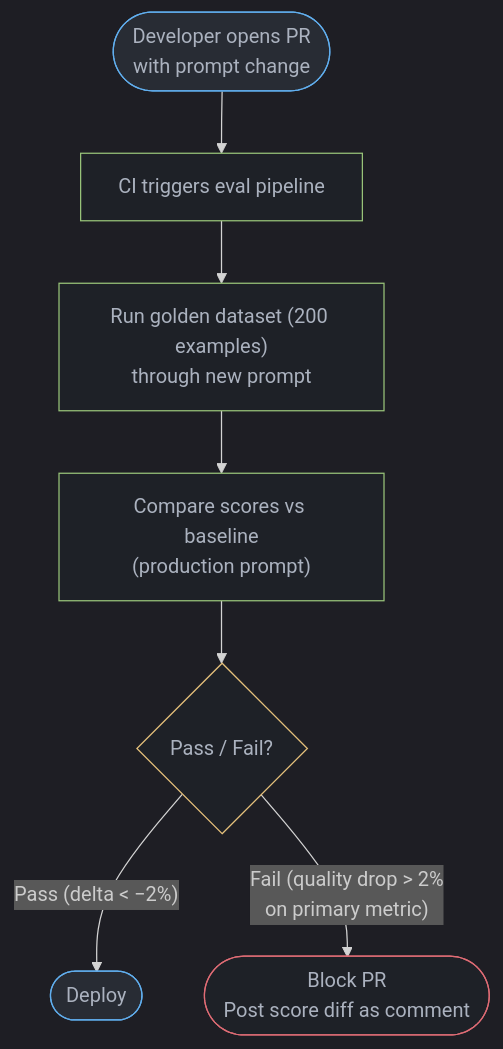
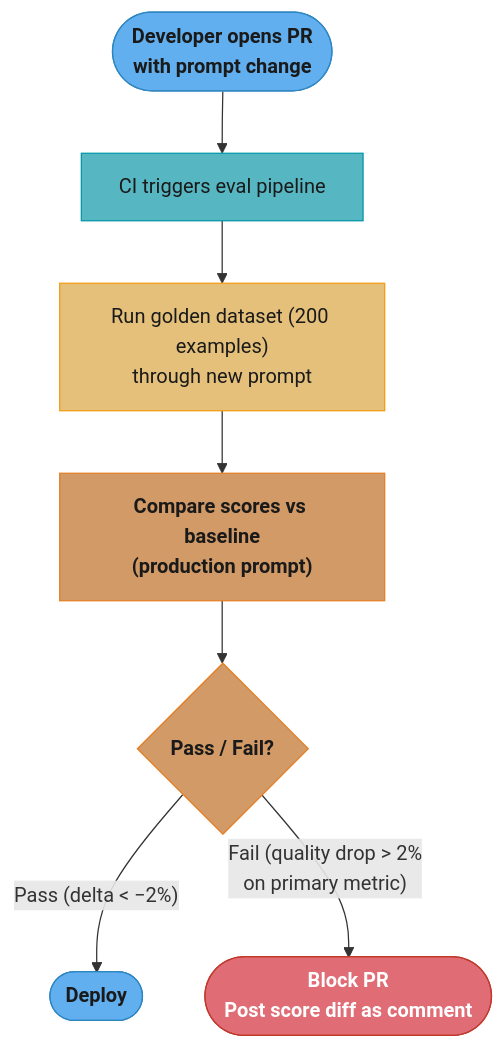
Before and after one commit to rppol/system-design: the first of 2 diagrams in src/main/java/com/rutik/systemdesign/llm/llm_ops_platforms/README.md, drawn with Mermaid. The commit also changed other lines of this file and 88 other files, not shown here.

````diff
--- a/src/main/java/com/rutik/systemdesign/llm/llm_ops_platforms/README.md
+++ b/src/main/java/com/rutik/systemdesign/llm/llm_ops_platforms/README.md
@@ -98,21 +98,23 @@
 ```mermaid
-%%{init: {'flowchart': {'curve': 'basis'}, 'theme': 'dark'}}%%
 flowchart TD
+    classDef io      fill:#61afef,stroke:#2e86c1,color:#1a1a1a,font-weight:bold
+    classDef frozen  fill:#c678dd,stroke:#9b59b6,color:#fff
+    classDef train   fill:#98c379,stroke:#27ae60,color:#1a1a1a
+    classDef mathOp  fill:#d19a66,stroke:#e67e22,color:#1a1a1a,font-weight:bold
+    classDef lossN   fill:#e06c75,stroke:#c0392b,color:#fff,font-weight:bold
+    classDef req     fill:#56b6c2,stroke:#0097a7,color:#1a1a1a
+    classDef base    fill:#e5c07b,stroke:#f39c12,color:#1a1a1a
+
     PR([Developer opens PR\nwith prompt change]) --> CI["CI triggers eval pipeline"]
     CI --> Golden["Run golden dataset (200 examples)\nthrough new prompt"]
     Golden --> Compare["Compare scores vs baseline\n(production prompt)"]
     Compare --> Verdict{"Pass / Fail?"}
     Verdict -- "Pass (delta < −2%)" --> Deploy([Deploy])
     Verdict -- "Fail (quality drop > 2%\non primary metric)" --> Block(["Block PR\nPost score diff as comment"])
 
-    classDef io     fill:#282c34,stroke:#61afef,color:#abb2bf
-    classDef proc   fill:#1e2127,stroke:#98c379,color:#abb2bf
-    classDef llm    fill:#1e2127,stroke:#c678dd,color:#abb2bf
-    classDef decide fill:#1e2127,stroke:#e5c07b,color:#abb2bf
-    classDef warn   fill:#1e2127,stroke:#e06c75,color:#abb2bf
-
     class PR,Deploy io
-    class CI,Golden,Compare proc
-    class Verdict decide
-    class Block warn
+    class CI req
+    class Golden base
+    class Compare,Verdict mathOp
+    class Block lossN
 ```
````
